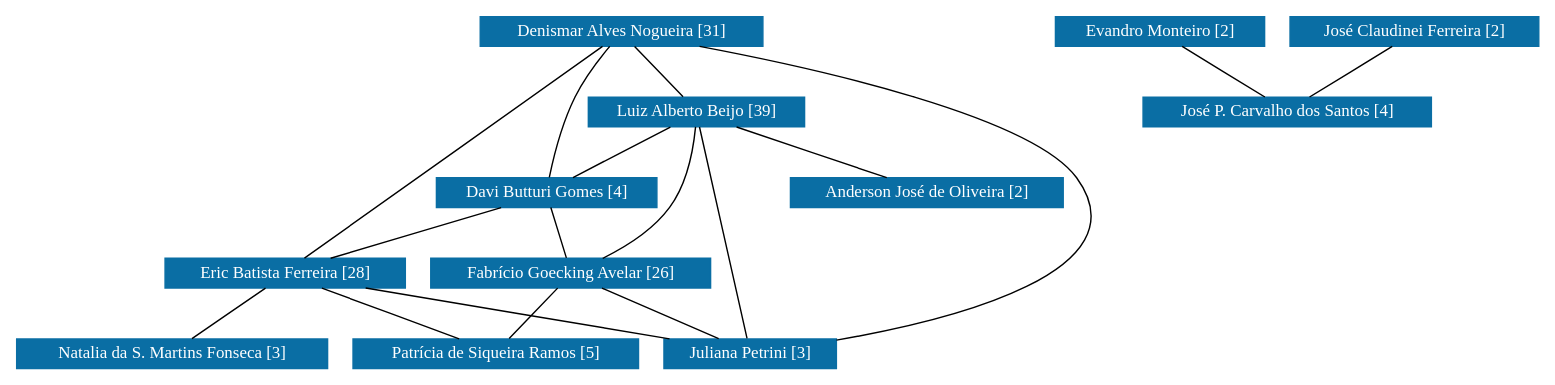
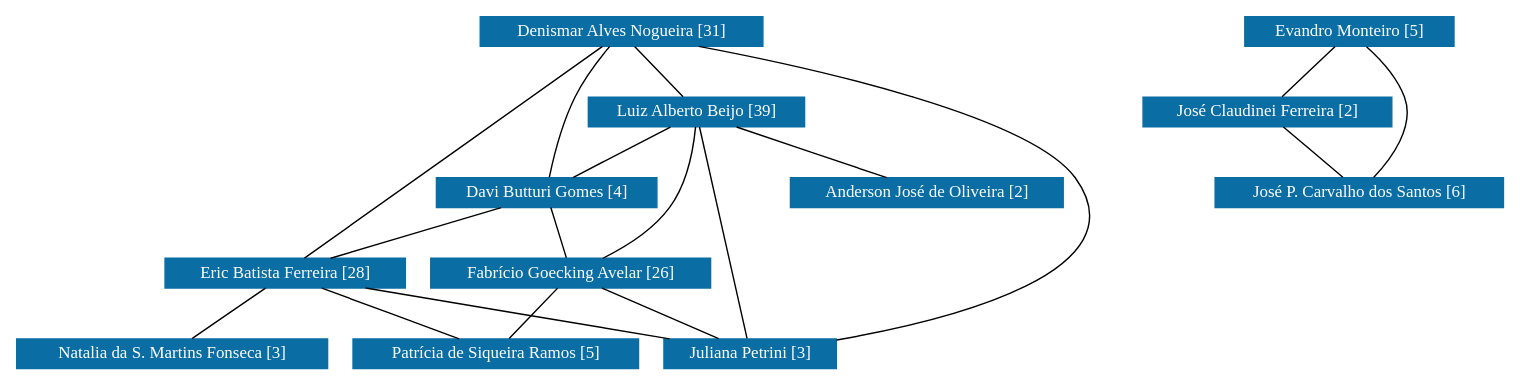
One commit to icamps/unifal-lattes.github.io changed the diagram in PPGEAB/grafoDeColaboracoesSemPesos.dot. Above: the diagram before and after it, drawn with Graphviz. The commit also changed 868 other files, not shown here.

```diff
--- a/PPGEAB/grafoDeColaboracoesSemPesos.dot
+++ b/PPGEAB/grafoDeColaboracoesSemPesos.dot
@@ -1,112 +1,113 @@
 strict graph grafo1 {
-	graph [bb="0,0,895.5,249",
+	graph [bb="0,0,877,249",
 		id=grafo1,
 		overlap=False
 	];
 	node [fontsize=12,
 		label="\N",
 		shape=rectangle,
 		style=filled
 	];
 	0	 [URL="membro-3858924778362309.html",
 		color="#0A6EA4",
 		fontcolor="#FFFFFF",
 		height=0.29167,
 		label="Denismar Alves Nogueira [31]",
 		pos="340,238.5",
 		width=2.2361];
 	1	 [URL="membro-8194104388434526.html",
 		color="#0A6EA4",
 		fontcolor="#FFFFFF",
 		height=0.29167,
 		label="Luiz Alberto Beijo [39]",
 		pos="386,181.5",
 		width=1.7778];
 	0 -- 1	 [pos="348.65,227.78 356.88,217.59 369.18,202.35 377.39,192.17"];
 	2	 [URL="membro-0326922176762825.html",
 		color="#0A6EA4",
 		fontcolor="#FFFFFF",
 		height=0.29167,
 		label="Davi Butturi Gomes [4]",
 		pos="293,124.5",
 		width=1.8056];
 	0 -- 2	 [pos="332.8,227.8 326.86,218.61 318.54,204.86 313,192 304.68,172.7 298.51,148.86 295.36,135.3"];
 	3	 [URL="membro-9965398009651936.html",
 		color="#0A6EA4",
 		fontcolor="#FFFFFF",
 		height=0.29167,
 		label="Eric Batista Ferreira [28]",
 		pos="150,67.5",
 		width=1.8889];
 	0 -- 3	 [pos="327.04,227.9 304.63,209.46 257.34,170.08 219,135 197.73,115.54 173.9,91.761 160.54,78.249"];
 	5	 [URL="membro-9510541669291293.html",
 		color="#0A6EA4",
 		fontcolor="#FFFFFF",
 		height=0.29167,
 		label="Juliana Petrini [3]",
 		pos="424,10.5",
 		width=1.4028];
 	0 -- 5	 [pos="386.77,227.94 458.88,210.61 591.78,174.12 619,135 660.63,75.154 545.21,37.587 474.51,20.79"];
 	1 -- 2	 [pos="368.51,170.78 351.88,160.59 327.02,145.35 310.41,135.17"];
 	1 -- 5	 [pos="388.38,170.8 395.2,140.09 414.8,51.897 421.62,21.193"];
 	4	 [URL="membro-6886514520601172.html",
 		color="#0A6EA4",
 		fontcolor="#FFFFFF",
 		height=0.29167,
 		label="Fabrício Goecking Avelar [26]",
 		pos="316,67.5",
 		width=2.2222];
 	1 -- 4	 [pos="384.83,170.71 382.9,156.73 378.13,132.03 367,114 358.06,99.521 343.35,86.798 332.02,78.337"];
 	8	 [URL="membro-1349156075777095.html",
 		color="#0A6EA4",
 		fontcolor="#FFFFFF",
 		height=0.29167,
 		label="Anderson José de Oliveira [2]",
 		pos="531,124.5",
 		width=2.1944];
 	1 -- 8	 [pos="412.93,170.91 438.98,160.67 478.22,145.25 504.21,135.03"];
 	2 -- 3	 [pos="266.44,113.91 240.75,103.67 202.06,88.25 176.42,78.031"];
 	2 -- 4	 [pos="297.33,113.78 301.44,103.59 307.59,88.348 311.69,78.173"];
 	3 -- 5	 [pos="200.58,56.979 249.75,46.75 324.03,31.297 373.26,21.056"];
 	6	 [URL="membro-7184150832649950.html",
 		color="#0A6EA4",
 		fontcolor="#FFFFFF",
 		height=0.29167,
 		label="Patrícia de Siqueira Ramos [5]",
 		pos="275,10.5",
 		width=2.2361];
 	3 -- 6	 [pos="173.22,56.912 195.67,46.674 229.5,31.25 251.91,21.031"];
 	7	 [URL="membro-3374954104030940.html",
 		color="#0A6EA4",
 		fontcolor="#FFFFFF",
 		height=0.29167,
 		label="Natalia da S. Martins Fonseca [3]",
 		pos="88,10.5",
 		width=2.4444];
 	3 -- 7	 [pos="138.34,56.779 127.25,46.588 110.68,31.348 99.609,21.173"];
 	4 -- 5	 [pos="336.06,56.912 355.46,46.674 384.68,31.25 404.05,21.031"];
 	4 -- 6	 [pos="308.29,56.779 300.96,46.588 290,31.348 282.68,21.173"];
 	9	 [URL="membro-3089568911577519.html",
 		color="#0A6EA4",
 		fontcolor="#FFFFFF",
 		height=0.29167,
-		label="Evandro Monteiro [2]",
-		pos="674,238.5",
+		label="Evandro Monteiro [5]",
+		pos="788,238.5",
 		width=1.6667];
-	11	 [URL="membro-9393213180145144.html",
-		color="#0A6EA4",
-		fontcolor="#FFFFFF",
-		height=0.29167,
-		label="José P. Carvalho dos Santos [4]",
-		pos="749,181.5",
-		width=2.3056];
-	9 -- 11	 [pos="688.11,227.78 701.52,217.59 721.57,202.35 734.96,192.17"];
 	10	 [URL="membro-6808752952332925.html",
 		color="#0A6EA4",
 		fontcolor="#FFFFFF",
 		height=0.29167,
 		label="José Claudinei Ferreira [2]",
-		pos="824,238.5",
+		pos="738,181.5",
 		width=1.9861];
-	10 -- 11	 [pos="809.89,227.78 796.48,217.59 776.43,202.35 763.04,192.17"];
+	9 -- 10	 [pos="778.6,227.78 769.66,217.59 756.29,202.35 747.36,192.17"];
+	11	 [URL="membro-9393213180145144.html",
+		color="#0A6EA4",
+		fontcolor="#FFFFFF",
+		height=0.29167,
+		label="José P. Carvalho dos Santos [6]",
+		pos="794,124.5",
+		width=2.3056];
+	9 -- 11	 [pos="797.67,227.99 805.13,219.14 814.84,205.74 819,192 825.16,171.67 812.11,148.57 802.65,135.35"];
+	10 -- 11	 [pos="748.53,170.78 758.55,160.59 773.52,145.35 783.51,135.17"];
 }
```
